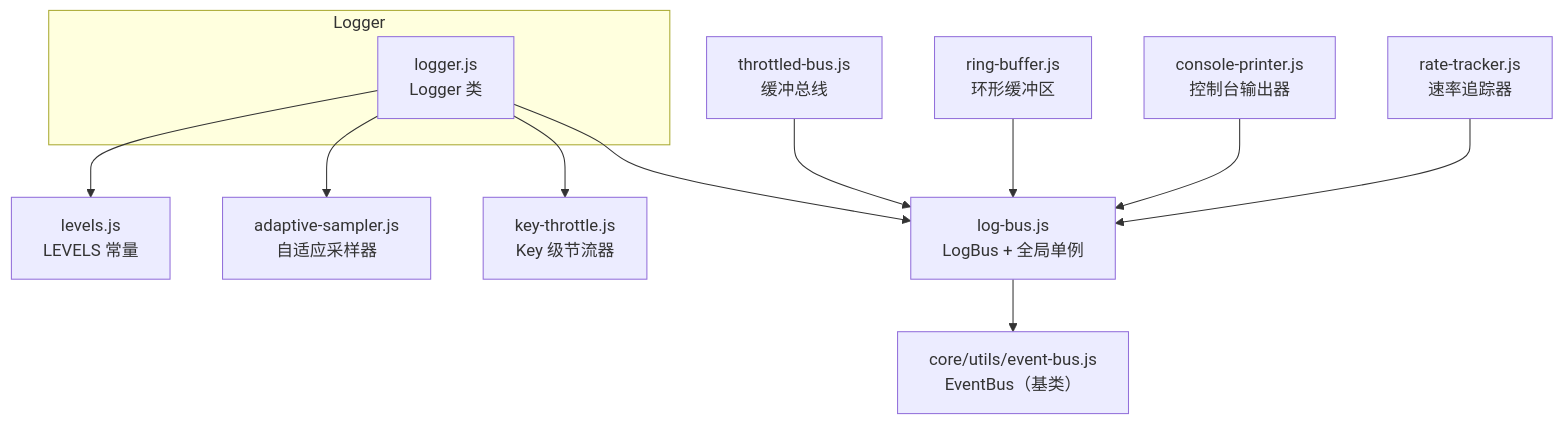
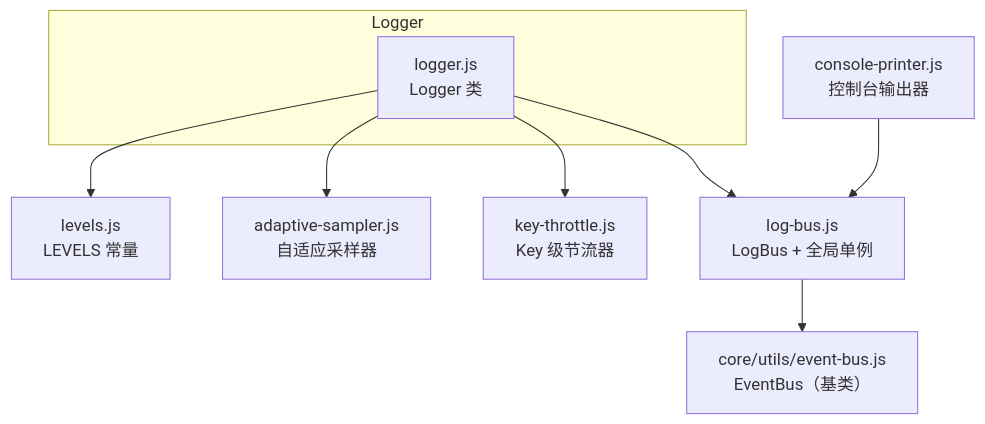
The first of 2 diagrams in src/utils/log/docs/log-internals-document.md (Frank-Steven/HoundWhiteboard), drawn with Mermaid before and after one commit. The commit also changed other lines of this file and 18 other files, not shown here.

````diff
--- a/src/utils/log/docs/log-internals-document.md
+++ b/src/utils/log/docs/log-internals-document.md
@@ -25,31 +22,25 @@
 ```mermaid
 graph TB
   L["levels.js<br/>LEVELS 常量"]
   AS["adaptive-sampler.js<br/>自适应采样器"]
   KT["key-throttle.js<br/>Key 级节流器"]
 
   subgraph Logger
     LG["logger.js<br/>Logger 类"]
   end
 
   LB["log-bus.js<br/>LogBus + 全局单例"]
 
-  TB["throttled-bus.js<br/>缓冲总线"]
-  RB["ring-buffer.js<br/>环形缓冲区"]
   CP["console-printer.js<br/>控制台输出器"]
-  RT["rate-tracker.js<br/>速率追踪器"]
 
   EB["core/utils/event-bus.js<br/>EventBus（基类）"]
 
   LG --> L
   LG --> AS
   LG --> KT
   LG --> LB
 
   LB --> EB
 
-  TB --> LB
-  RB --> LB
   CP --> LB
-  RT --> LB
 ```
````
